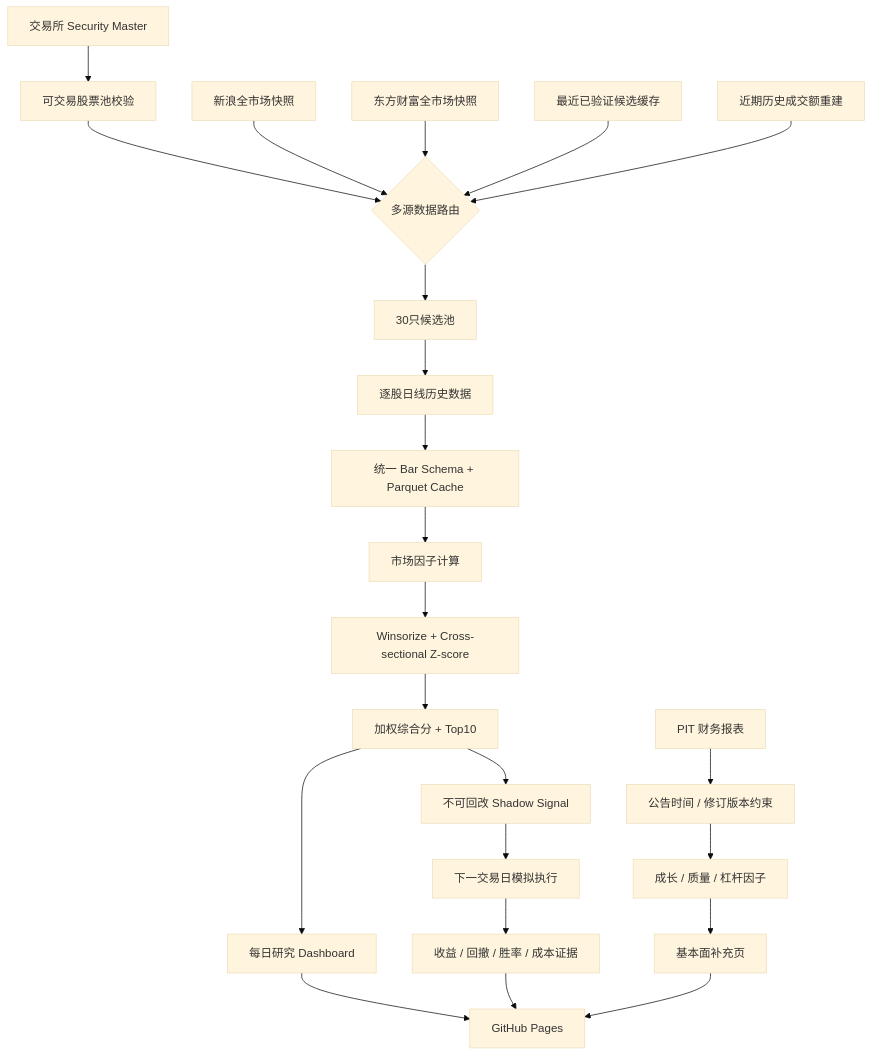
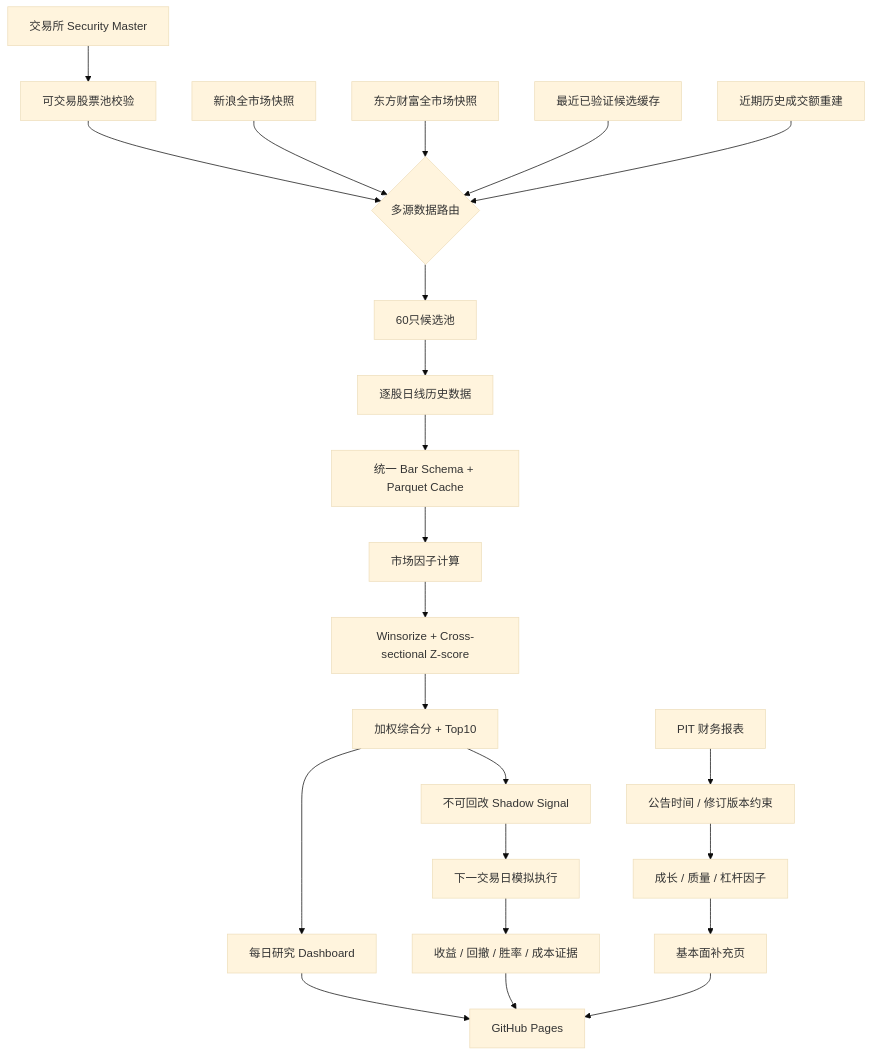
Before and after one commit to wangqiyue26-lab/A-share-analysis-system: the diagram in README.md, drawn with Mermaid (base theme). The commit also changed other lines of this file and 18 other files, not shown here.

````diff
--- a/README.md
+++ b/README.md
@@ -113,29 +119,29 @@
 ```mermaid
 flowchart TD
     A[交易所 Security Master] --> B[可交易股票池校验]
     S1[新浪全市场快照] --> C{多源数据路由}
     S2[东方财富全市场快照] --> C
     S3[最近已验证候选缓存] --> C
     S4[近期历史成交额重建] --> C
 
     B --> C
-    C --> D[30只候选池]
+    C --> D[60只候选池]
     D --> E[逐股日线历史数据]
     E --> F[统一 Bar Schema + Parquet Cache]
     F --> G[市场因子计算]
     G --> H[Winsorize + Cross-sectional Z-score]
     H --> I[加权综合分 + Top10]
 
     P[PIT 财务报表] --> Q[公告时间 / 修订版本约束]
     Q --> R[成长 / 质量 / 杠杆因子]
     R --> J[基本面补充页]
 
     I --> K[每日研究 Dashboard]
     I --> L[不可回改 Shadow Signal]
     L --> M[下一交易日模拟执行]
     M --> N[收益 / 回撤 / 胜率 / 成本证据]
 
     K --> O[GitHub Pages]
     J --> O
     N --> O
 ```
````
